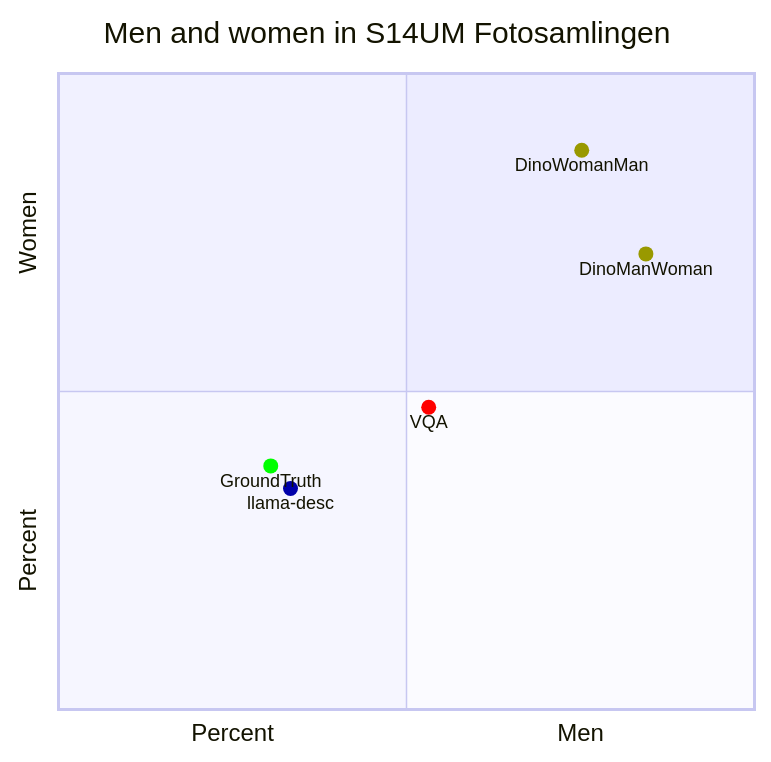
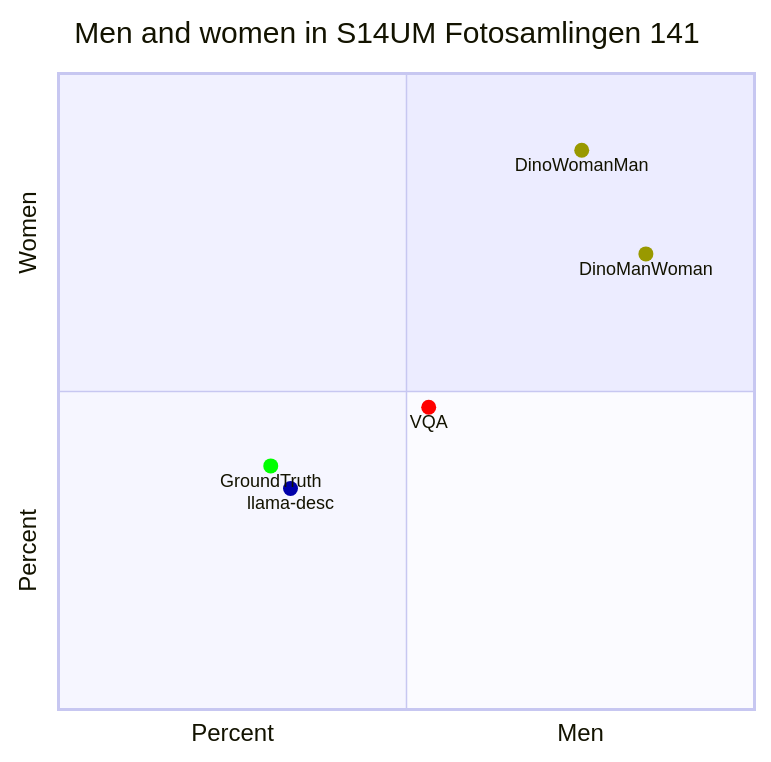
The sixth of 11 diagrams in browser/scatter.md (Modern36/tropes_1500), drawn with Mermaid before and after one commit. The commit also changed other lines of this file and 1 other file, not shown here.

````diff
--- a/browser/scatter.md
+++ b/browser/scatter.md
@@ -92,12 +92,12 @@
 ```mermaid
 quadrantChart
-    title Men and women in S14UM Fotosamlingen
+    title Men and women in S14UM Fotosamlingen 141
     x-axis Percent --> Men
     y-axis Percent --> Women
     DinoManWoman: [0.8439716312056738, 0.7163120567375887] color: #999900
     DinoWomanMan: [0.75177304964539, 0.8794326241134752] color: #999900
     GroundTruth: [0.3049645390070922, 0.3829787234042553] color: #00FF00
     VQA: [0.5319148936170213, 0.475177304964539] color: #FF0000
     llama-desc: [0.3333333333333333, 0.3475177304964539] color: #0000AA
 
 ```
````
